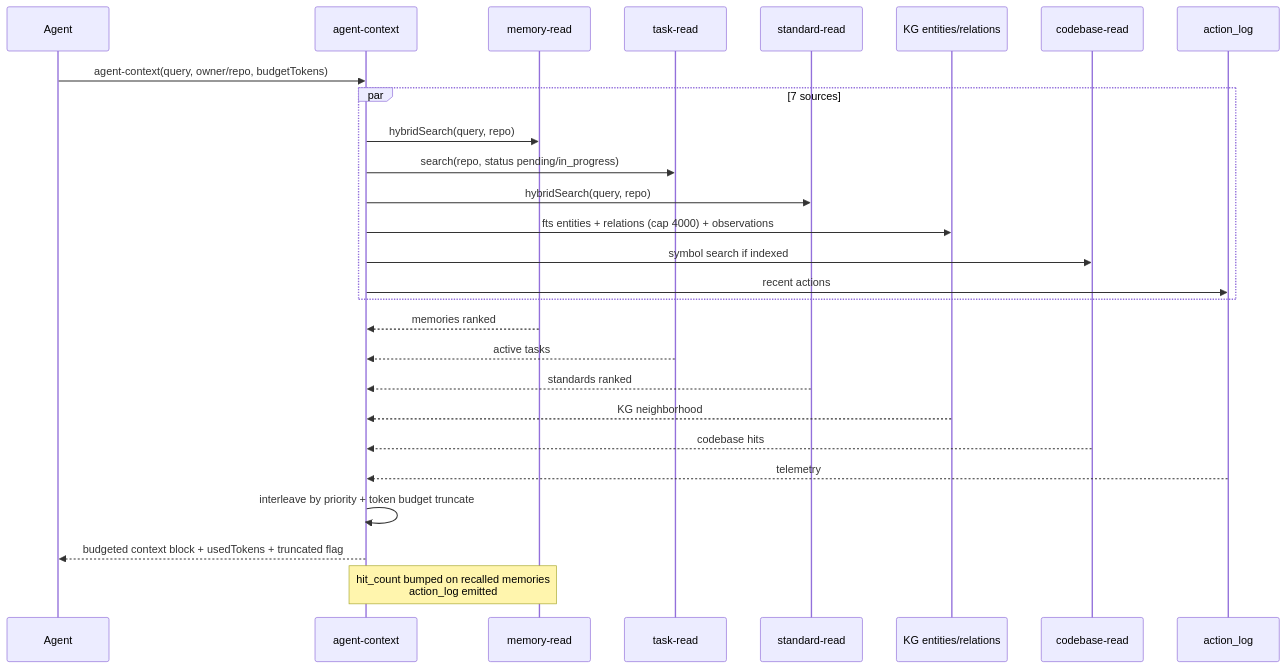
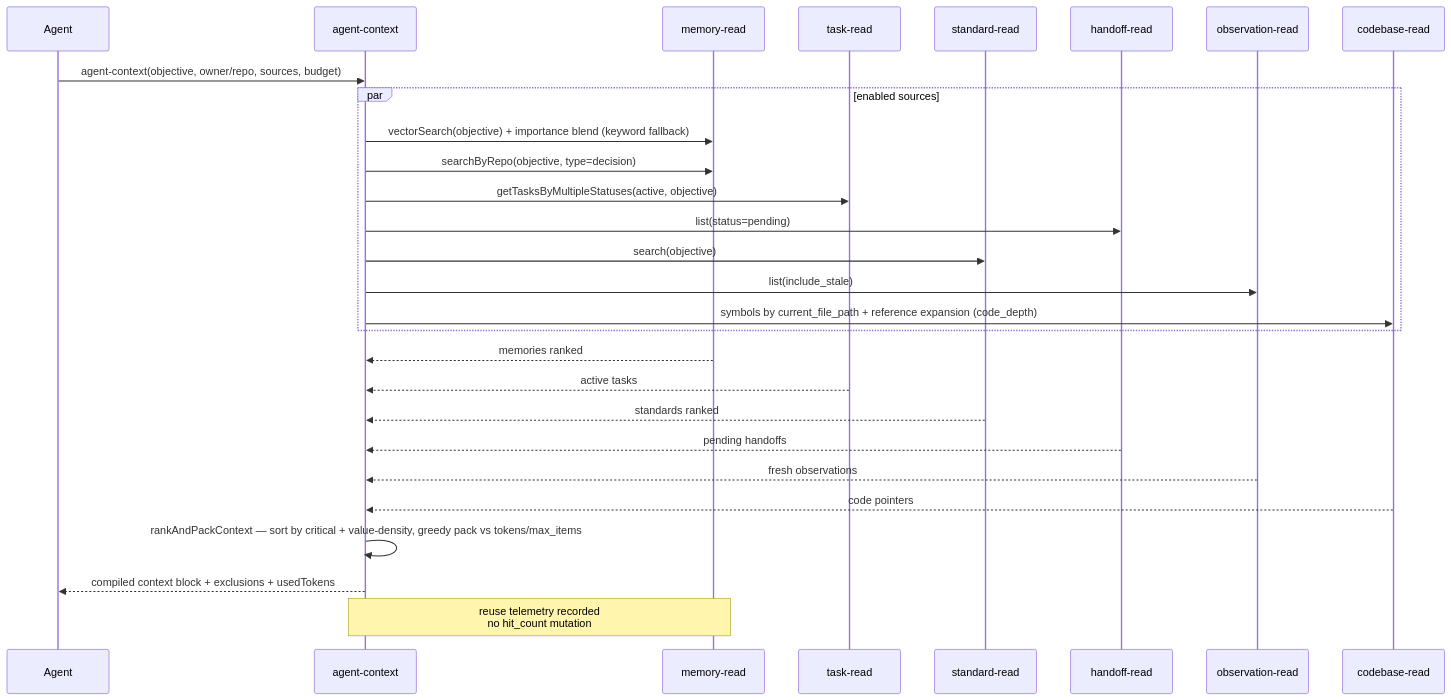
One commit to vheins/local-memory-mcp changed the first of 2 diagrams in .agents/documents/application/modules/context/context-compilation.md. Above: the diagram before and after it, drawn with Mermaid. The commit also changed other lines of this file and 6 other files, not shown here.

First line of the commit message:
feat(agent-context): harden ranking and token budgeting

````diff
--- a/.agents/documents/application/modules/context/context-compilation.md
+++ b/.agents/documents/application/modules/context/context-compilation.md
@@ -61,30 +66,31 @@
 ```mermaid
 sequenceDiagram
     participant Agent
     participant Ctx as agent-context
     participant Mem as memory-read
     participant Task as task-read
     participant Std as standard-read
-    participant KG as KG entities/relations
+    participant Hof as handoff-read
+    participant Obs as observation-read
     participant Code as codebase-read
-    participant Log as action_log
 
-    Agent->>Ctx: agent-context(query, owner/repo, budgetTokens)
-    par 7 sources
-        Ctx->>Mem: hybridSearch(query, repo)
-        Ctx->>Task: search(repo, status pending/in_progress)
-        Ctx->>Std: hybridSearch(query, repo)
-        Ctx->>KG: fts entities + relations (cap 4000) + observations
-        Ctx->>Code: symbol search if indexed
-        Ctx->>Log: recent actions
+    Agent->>Ctx: agent-context(objective, owner/repo, sources, budget)
+    par enabled sources
+        Ctx->>Mem: vectorSearch(objective) + importance blend (keyword fallback)
+        Ctx->>Mem: searchByRepo(objective, type=decision)
+        Ctx->>Task: getTasksByMultipleStatuses(active, objective)
+        Ctx->>Hof: list(status=pending)
+        Ctx->>Std: search(objective)
+        Ctx->>Obs: list(include_stale)
+        Ctx->>Code: symbols by current_file_path + reference expansion (code_depth)
     end
     Mem-->>Ctx: memories ranked
     Task-->>Ctx: active tasks
     Std-->>Ctx: standards ranked
-    KG-->>Ctx: KG neighborhood
-    Code-->>Ctx: codebase hits
-    Log-->>Ctx: telemetry
-    Ctx->>Ctx: interleave by priority + token budget truncate
-    Ctx-->>Agent: budgeted context block + usedTokens + truncated flag
-    Note over Ctx,Mem: hit_count bumped on recalled memories<br/>action_log emitted
+    Hof-->>Ctx: pending handoffs
+    Obs-->>Ctx: fresh observations
+    Code-->>Ctx: code pointers
+    Ctx->>Ctx: rankAndPackContext — sort by critical + value-density, greedy pack vs tokens/max_items
+    Ctx-->>Agent: compiled context block + exclusions + usedTokens
+    Note over Ctx,Mem: reuse telemetry recorded<br/>no hit_count mutation
 ```
````
